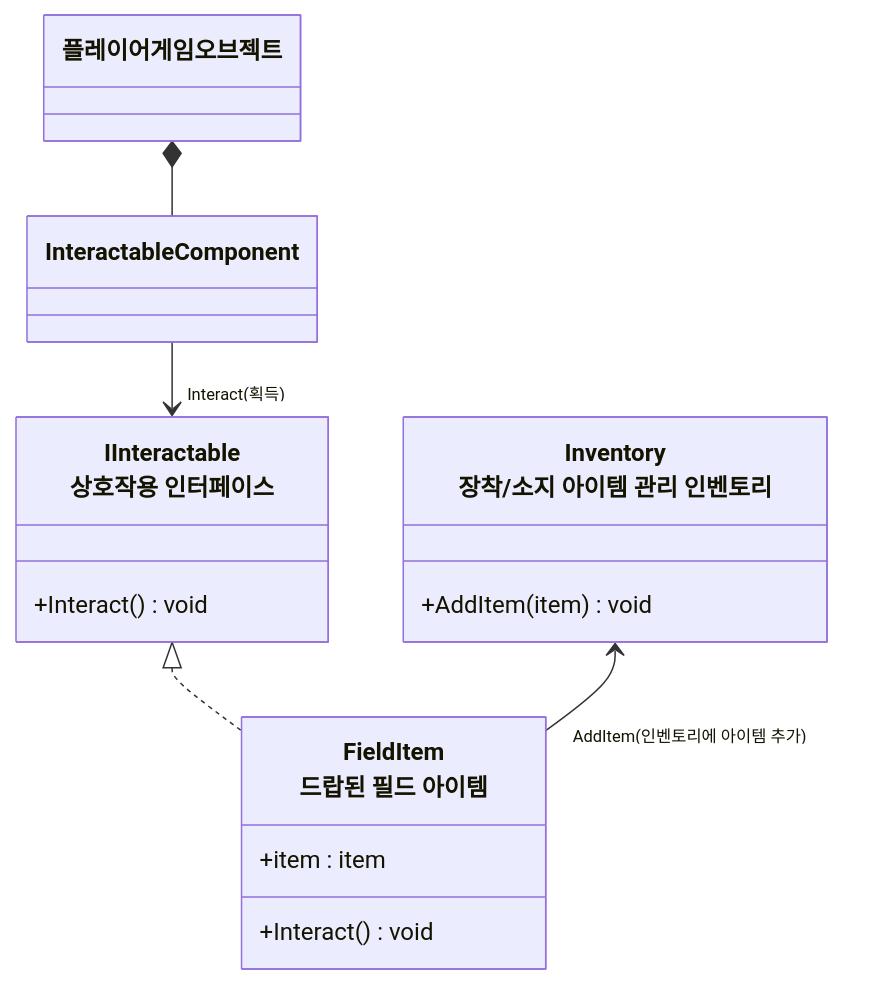
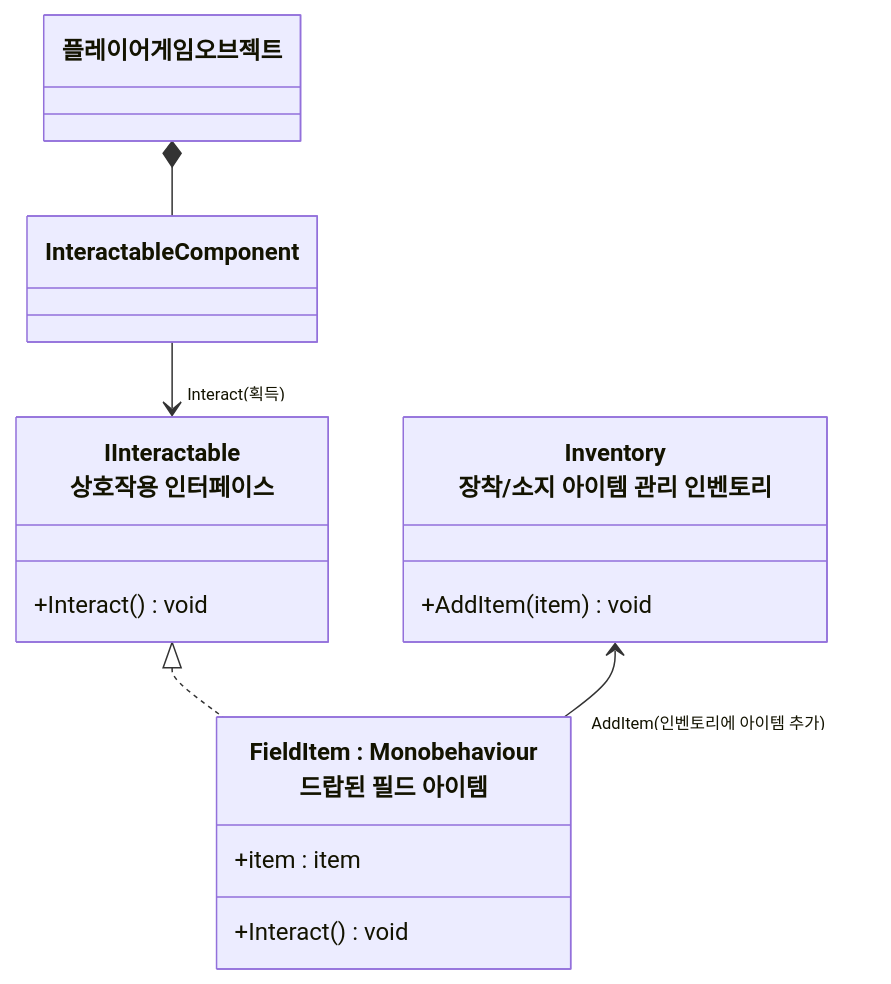
The second of 2 diagrams in README/아이템,인벤토리_설계.md (JIN5EOK/DungeonShooter), drawn with Mermaid before and after one commit. The commit also changed other lines of this file and 1 other file, not shown here.

````diff
--- a/README/아이템,인벤토리_설계.md
+++ b/README/아이템,인벤토리_설계.md
@@ -94,20 +101,20 @@
 ```mermaid
 classDiagram
 	플레이어게임오브젝트 *-- InteractableComponent
     InteractableComponent --> "Interact(획득)" IInteractable
     IInteractable <|.. FieldItem
     Inventory <-- "AddItem(인벤토리에 아이템 추가)" FieldItem
 
     class Inventory["Inventory<br>장착/소지 아이템 관리 인벤토리"]{
         +AddItem(item) void
     }
 
     class IInteractable["IInteractable<br>상호작용 인터페이스"]{
         +Interact() void
     }
 
-    class FieldItem["FieldItem<br>드랍된 필드 아이템"]{
+    class FieldItem["FieldItem : Monobehaviour<br>드랍된 필드 아이템"]{
         +item : item
         +Interact() void
     }
 ```
````
